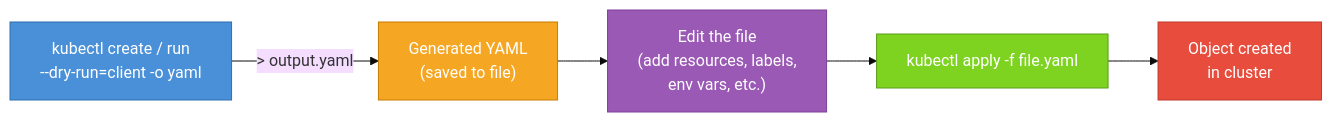
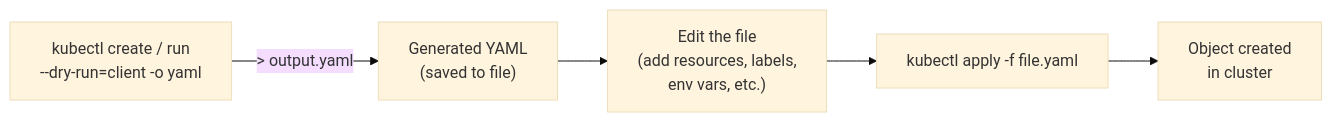
One commit to Antoine-Flo/kube-mastery changed the diagram in src/courses/modules/yaml-and-objects/03-generating-manifests-from-cli/en/content.md. Above: the diagram before and after it, drawn with Mermaid (base theme). The commit also changed other lines of this file and 38 other files, not shown here.

````diff
--- a/src/courses/modules/yaml-and-objects/03-generating-manifests-from-cli/en/content.md
+++ b/src/courses/modules/yaml-and-objects/03-generating-manifests-from-cli/en/content.md
@@ -123,19 +123,13 @@
 ```mermaid
 flowchart LR
     CMD["kubectl create / run\n--dry-run=client -o yaml"]
     YAML["Generated YAML\n(saved to file)"]
     EDIT["Edit the file\n(add resources, labels,\nenv vars, etc.)"]
     APPLY["kubectl apply -f file.yaml"]
     CLUSTER["Object created\nin cluster"]
 
     CMD -->|"> output.yaml"| YAML
     YAML --> EDIT
     EDIT --> APPLY
     APPLY --> CLUSTER
-
-    style CMD fill:#4A90D9,color:#fff,stroke:#2c6fad
-    style YAML fill:#F5A623,color:#fff,stroke:#c77d00
-    style EDIT fill:#9B59B6,color:#fff,stroke:#7d3f9a
-    style APPLY fill:#7ED321,color:#fff,stroke:#5a9c18
-    style CLUSTER fill:#E74C3C,color:#fff,stroke:#c0392b
 ```
````
